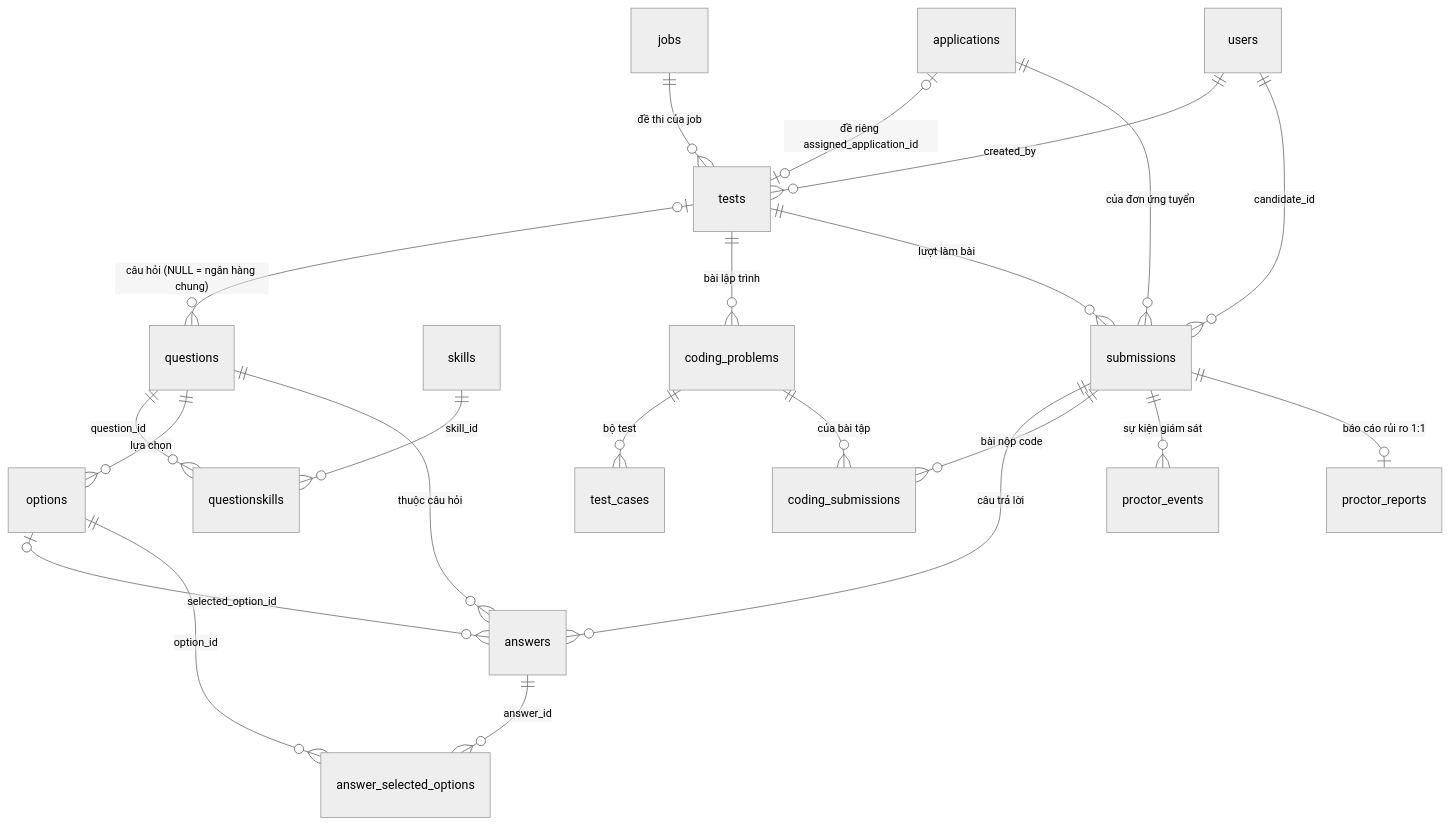
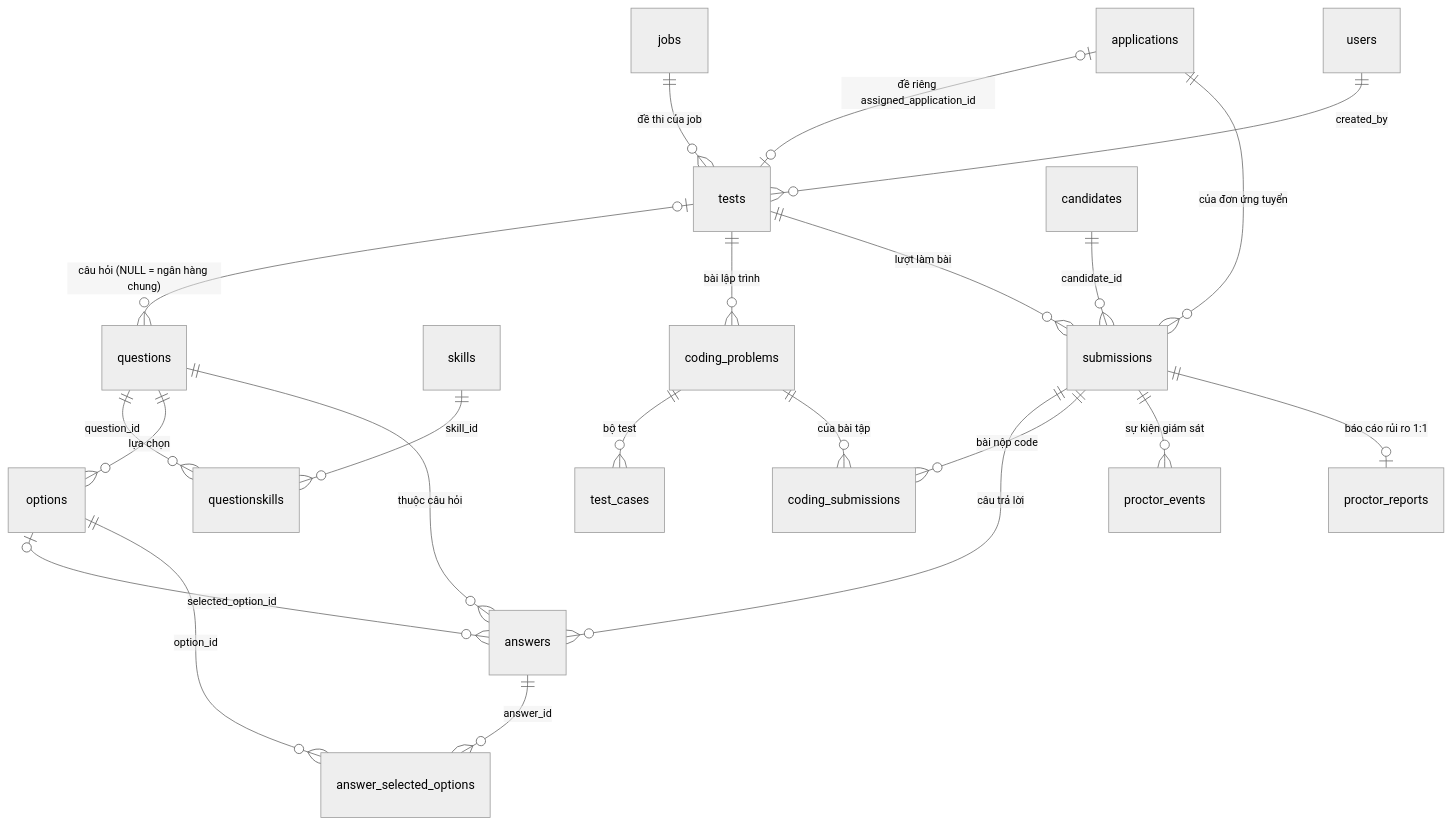
The seventh of 11 diagrams in docs/database/README.md (hieupnh12/SmartHire-AI), drawn with Mermaid (neutral theme) before and after one commit. The commit also changed other lines of this file and 75 other files, not shown here.

Commit message:
feat: separate candidates from users, update frontend auth and docs

````diff
--- a/docs/database/README.md
+++ b/docs/database/README.md
@@ -484,28 +484,28 @@
 ```mermaid
 erDiagram
     jobs ||--o{ tests : "đề thi của job"
     applications |o--o| tests : "đề riêng assigned_application_id"
     users ||--o{ tests : "created_by"
     tests |o--o{ questions : "câu hỏi (NULL = ngân hàng chung)"
     questions ||--o{ questionskills : "question_id"
     skills ||--o{ questionskills : "skill_id"
     questions ||--o{ options : "lựa chọn"
     tests ||--o{ coding_problems : "bài lập trình"
     coding_problems ||--o{ test_cases : "bộ test"
 
     tests ||--o{ submissions : "lượt làm bài"
     applications ||--o{ submissions : "của đơn ứng tuyển"
-    users ||--o{ submissions : "candidate_id"
+    candidates ||--o{ submissions : "candidate_id"
 
     submissions ||--o{ answers : "câu trả lời"
     questions ||--o{ answers : "thuộc câu hỏi"
     options |o--o{ answers : "selected_option_id"
     answers ||--o{ answer_selected_options : "answer_id"
     options ||--o{ answer_selected_options : "option_id"
 
     submissions ||--o{ coding_submissions : "bài nộp code"
     coding_problems ||--o{ coding_submissions : "của bài tập"
 
     submissions ||--o{ proctor_events : "sự kiện giám sát"
     submissions ||--o| proctor_reports : "báo cáo rủi ro 1:1"
 ```
````
